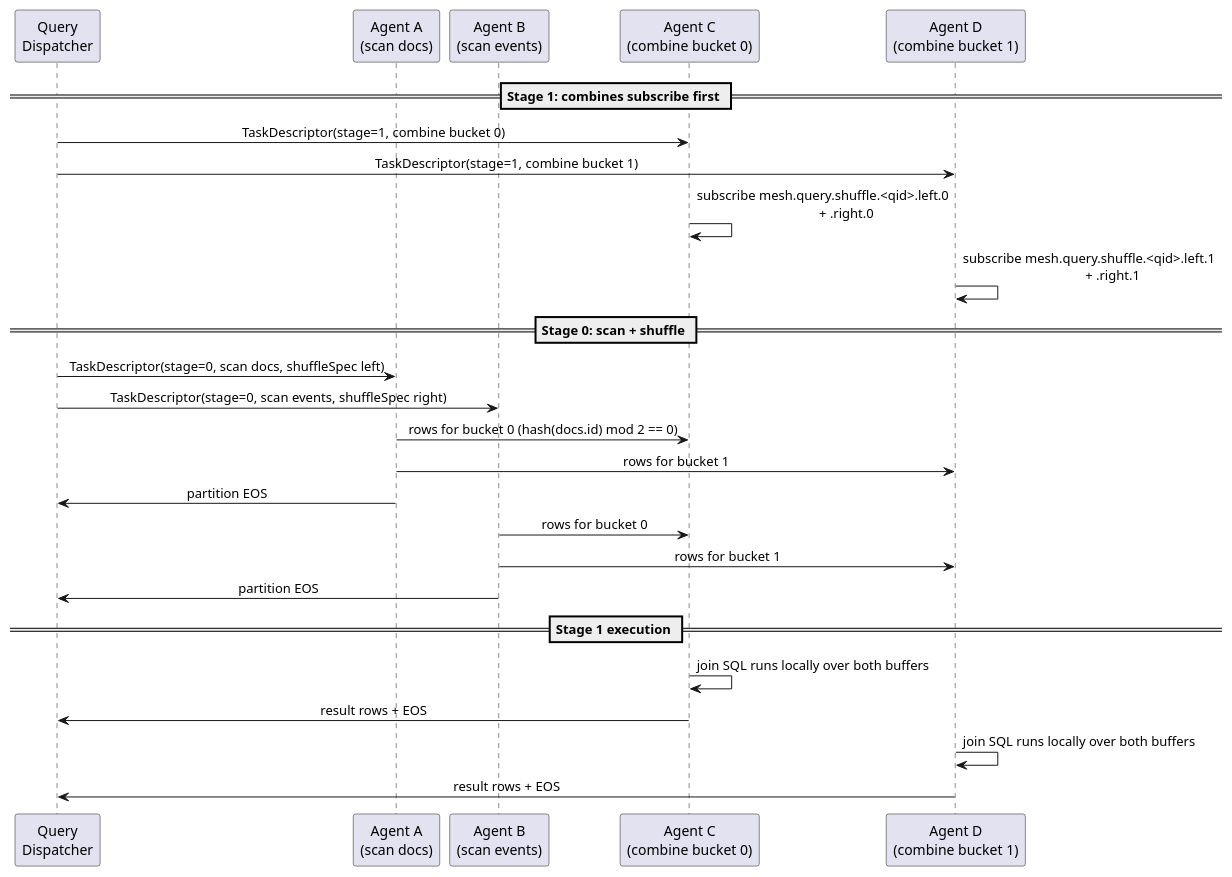
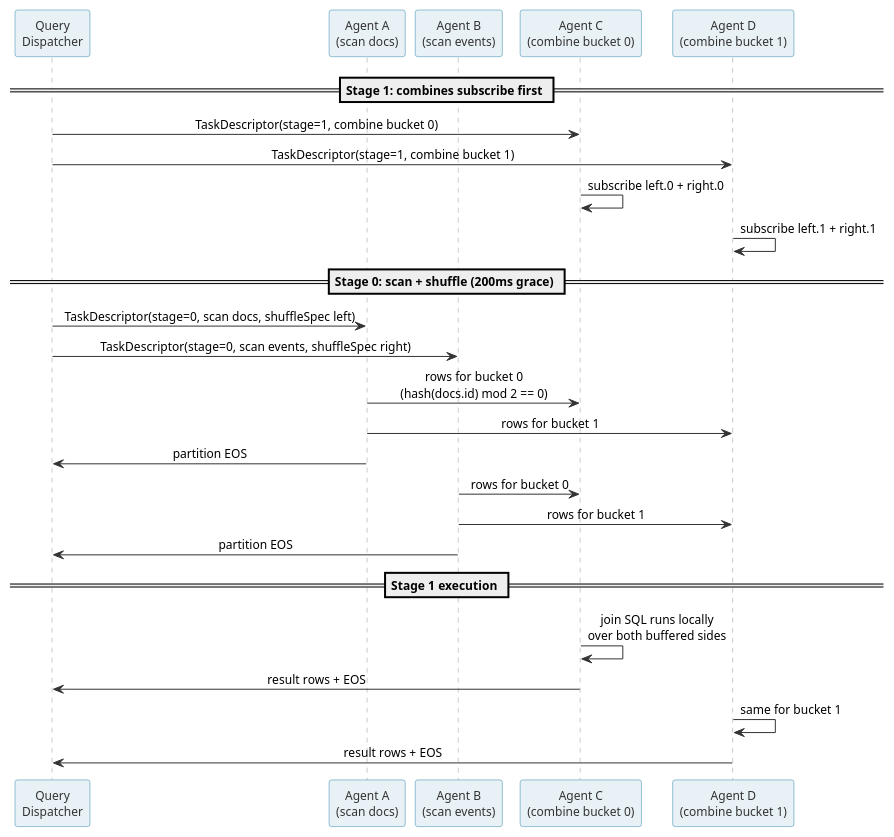
Before and after one commit to geekychris/hitorro-mesh-core: the fifth of 10 diagrams in docs/user-guide/mesh-user-guide.adoc, drawn with PlantUML. The commit also changed other lines of this file, not shown here.

```diff
--- a/docs/user-guide/mesh-user-guide.adoc
+++ b/docs/user-guide/mesh-user-guide.adoc
@@ -333,37 +553,47 @@
 [plantuml, shuffle-hash-join, svg]
 ....
 @startuml
-skinparam sequenceMessageAlign center
 skinparam backgroundColor transparent
 skinparam defaultFontName Helvetica
+skinparam defaultFontSize 12
+skinparam sequenceMessageAlign center
+skinparam shadowing false
+skinparam ArrowColor #333
+skinparam sequence {
+  ParticipantBackgroundColor #E8F1F5
+  ParticipantBorderColor #2E86AB
+  ParticipantFontColor #333
+  LifeLineBackgroundColor #F5F5F5
+  LifeLineBorderColor #999
+}
 
 participant "Query\nDispatcher" as D
 participant "Agent A\n(scan docs)" as SA
 participant "Agent B\n(scan events)" as SB
 participant "Agent C\n(combine bucket 0)" as CA
 participant "Agent D\n(combine bucket 1)" as CB
 
 == Stage 1: combines subscribe first ==
 D -> CA : TaskDescriptor(stage=1, combine bucket 0)
 D -> CB : TaskDescriptor(stage=1, combine bucket 1)
-CA -> CA : subscribe mesh.query.shuffle.<qid>.left.0\n              + .right.0
-CB -> CB : subscribe mesh.query.shuffle.<qid>.left.1\n              + .right.1
+CA -> CA : subscribe left.0 + right.0
+CB -> CB : subscribe left.1 + right.1
 
-== Stage 0: scan + shuffle ==
+== Stage 0: scan + shuffle (200ms grace) ==
 D -> SA : TaskDescriptor(stage=0, scan docs, shuffleSpec left)
 D -> SB : TaskDescriptor(stage=0, scan events, shuffleSpec right)
-SA -> CA : rows for bucket 0 (hash(docs.id) mod 2 == 0)
+SA -> CA : rows for bucket 0\n(hash(docs.id) mod 2 == 0)
 SA -> CB : rows for bucket 1
 SA -> D : partition EOS
 SB -> CA : rows for bucket 0
 SB -> CB : rows for bucket 1
 SB -> D : partition EOS
 
 == Stage 1 execution ==
-CA -> CA : join SQL runs locally over both buffers
+CA -> CA : join SQL runs locally\nover both buffered sides
 CA -> D : result rows + EOS
-CB -> CB : join SQL runs locally over both buffers
+CB -> CB : same for bucket 1
 CB -> D : result rows + EOS
 
 @enduml
 ....
```
